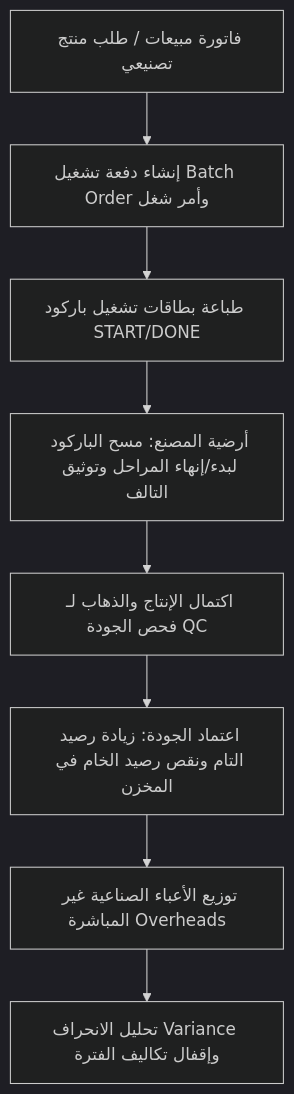
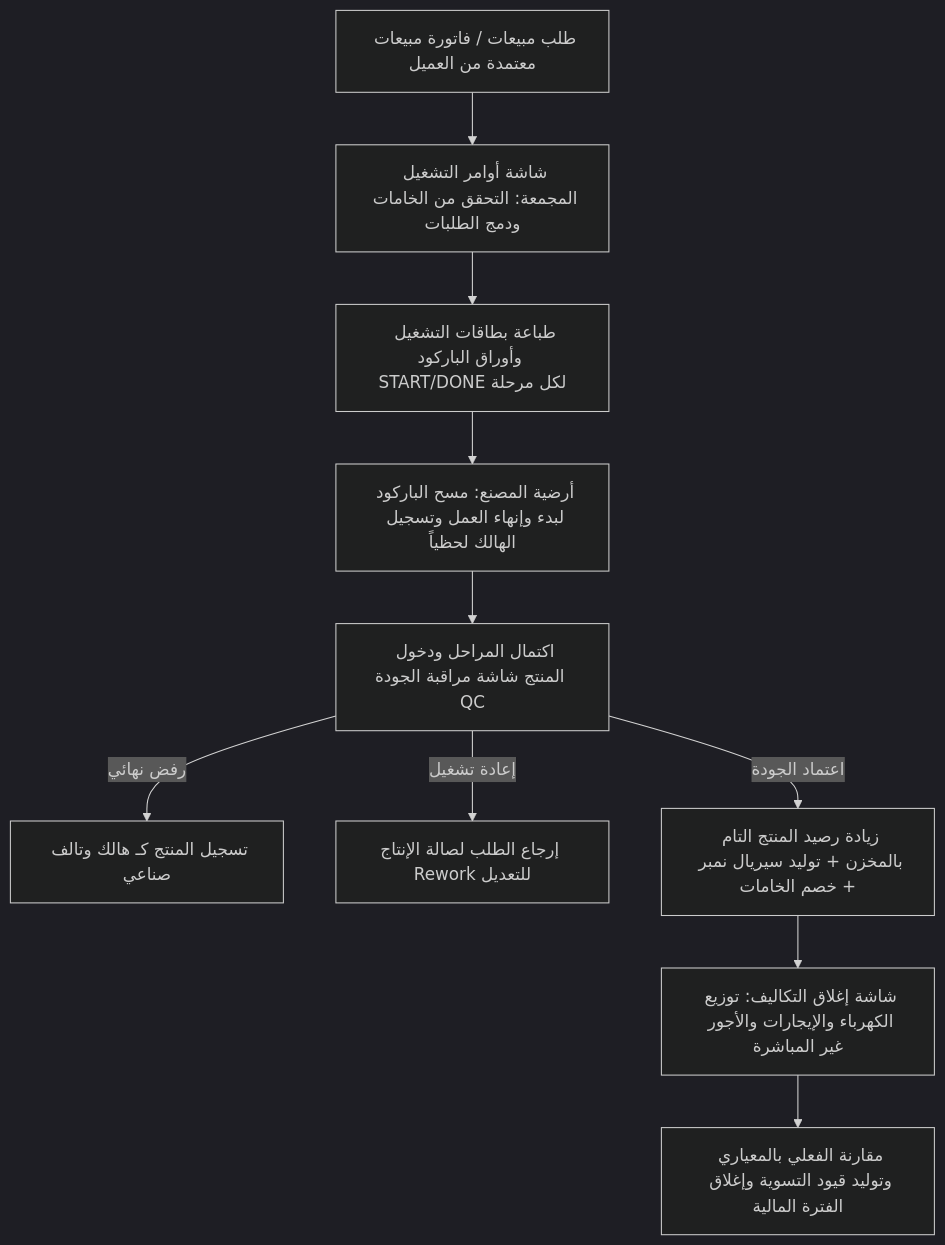
Before and after one commit to mahmodelrakhawey-svg/TriPro-ERP: the diagram in manufacturing_guide.md, drawn with Mermaid (dark theme). The commit also changed other lines of this file and 14 other files, not shown here.

````diff
--- a/manufacturing_guide.md
+++ b/manufacturing_guide.md
@@ -72,10 +75,12 @@
 ```mermaid
 graph TD
-    A[فاتورة مبيعات / طلب منتج تصنيعي] --> B[إنشاء دفعة تشغيل Batch Order وأمر شغل]
-    B --> C[طباعة بطاقات تشغيل باركود START/DONE]
-    C --> D[أرضية المصنع: مسح الباركود لبدء/إنهاء المراحل وتوثيق التالف]
-    D --> E[اكتمال الإنتاج والذهاب لـ فحص الجودة QC]
-    E --> F[اعتماد الجودة: زيادة رصيد التام ونقص رصيد الخام في المخزن]
-    F --> G[توزيع الأعباء الصناعية غير المباشرة Overheads]
-    G --> H[تحليل الانحراف Variance وإقفال تكاليف الفترة]
+    A[طلب مبيعات / فاتورة مبيعات معتمدة من العميل] --> B[شاشة أوامر التشغيل المجمعة: التحقق من الخامات ودمج الطلبات]
+    B --> C[طباعة بطاقات التشغيل وأوراق الباركود START/DONE لكل مرحلة]
+    C --> D[أرضية المصنع: مسح الباركود لبدء وإنهاء العمل وتسجيل الهالك لحظياً]
+    D --> E[اكتمال المراحل ودخول المنتج شاشة مراقبة الجودة QC]
+    E -->|رفض نهائي| F[تسجيل المنتج كـ هالك وتالف صناعي]
+    E -->|إعادة تشغيل| G[إرجاع الطلب لصالة الإنتاج Rework للتعديل]
+    E -->|اعتماد الجودة| H[زيادة رصيد المنتج التام بالمخزن + توليد سيريال نمبر + خصم الخامات]
+    H --> I[شاشة إغلاق التكاليف: توزيع الكهرباء والإيجارات والأجور غير المباشرة]
+    I --> J[مقارنة الفعلي بالمعياري وتوليد قيود التسوية وإغلاق الفترة المالية]
 ```
````
